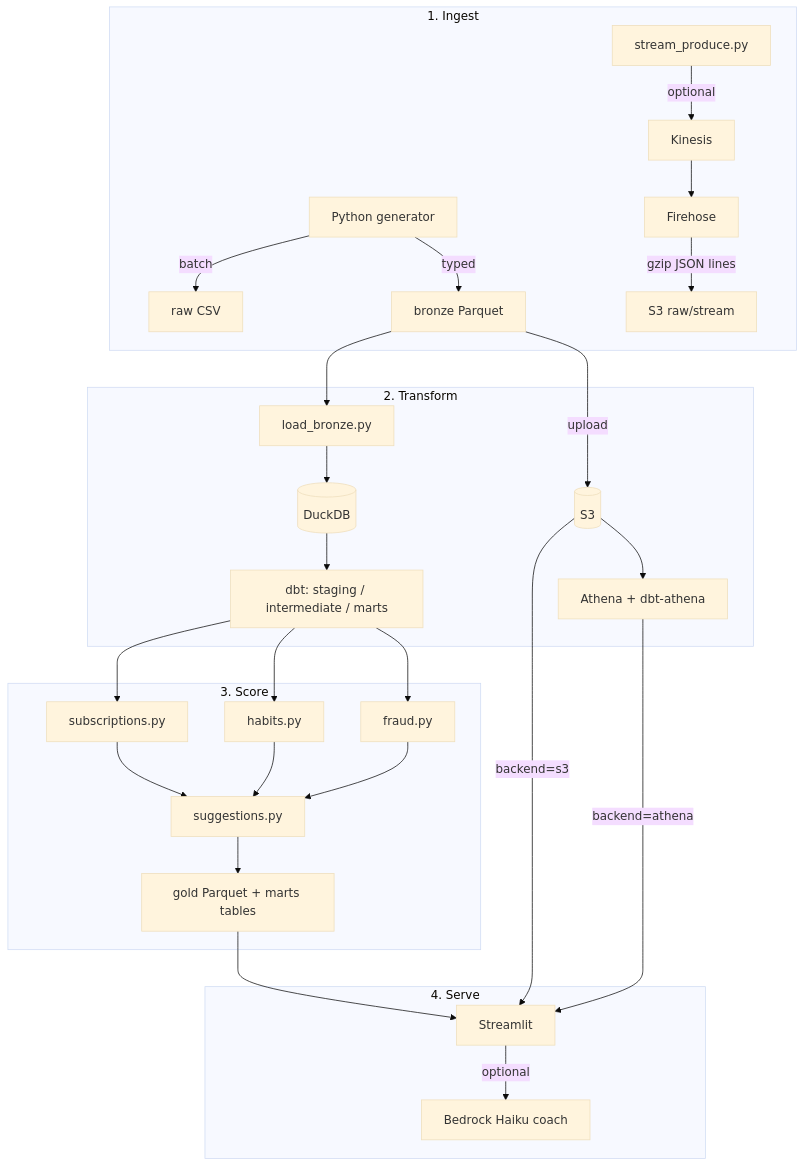
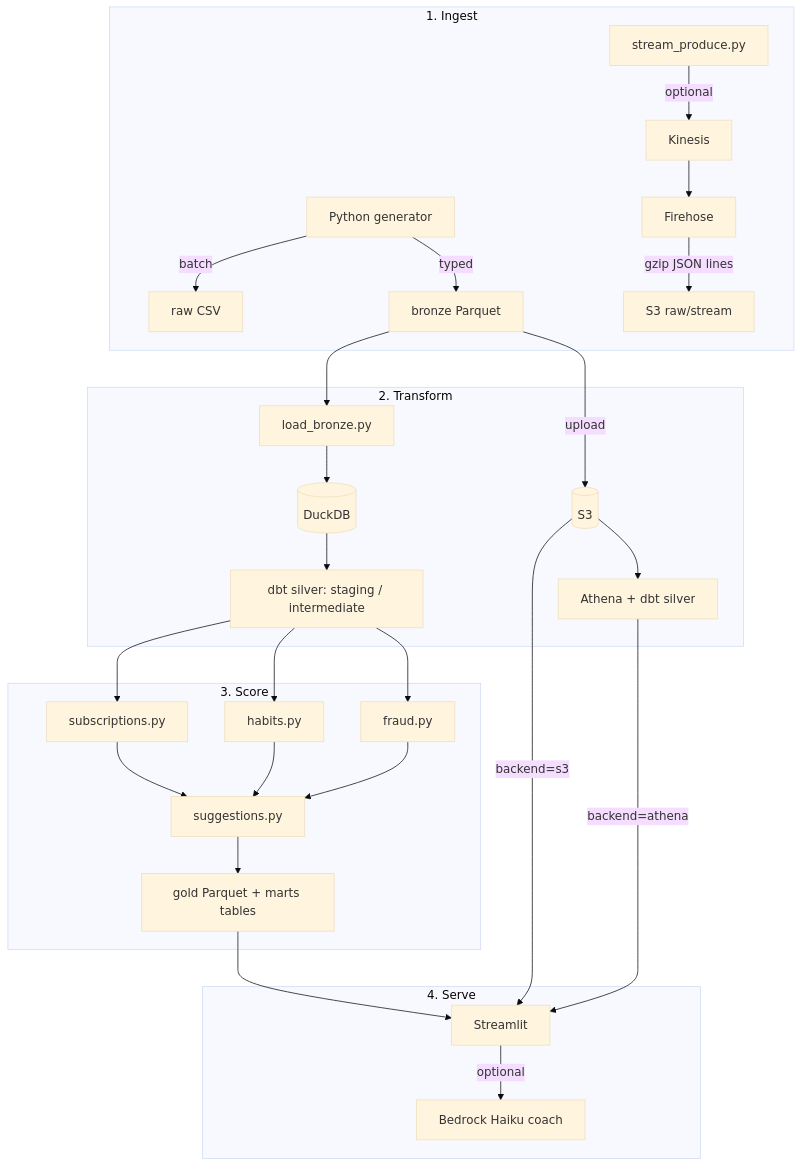
Before and after one commit to Sneha-nag/financebuddy: the diagram in docs/architecture.md, drawn with Mermaid (base theme). The commit also changed 2 other files, not shown here.

Commit message:
Label dbt staging and intermediate as silver in the architecture docs.
Drop the in-app architecture expander so that story stays in the docs.

````diff
--- a/docs/architecture.md
+++ b/docs/architecture.md
@@ -7,36 +7,36 @@
 ```mermaid
 flowchart TB
   subgraph ingest ["1. Ingest"]
     GEN[Python generator]
     GEN -->|batch| RAW[raw CSV]
     GEN -->|typed| BRZ[bronze Parquet]
     PROD[stream_produce.py] -->|optional| KIN[Kinesis]
     KIN --> FH[Firehose]
     FH -->|gzip JSON lines| S3RAW[S3 raw/stream]
   end
 
   subgraph transform ["2. Transform"]
     BRZ --> LOAD[load_bronze.py]
     LOAD --> DDB[(DuckDB)]
-    DDB --> DBT[dbt: staging / intermediate / marts]
+    DDB --> DBT[dbt silver: staging / intermediate]
     BRZ -->|upload| S3[(S3)]
-    S3 --> ATH[Athena + dbt-athena]
+    S3 --> ATH[Athena + dbt silver]
   end
 
   subgraph score ["3. Score"]
     DBT --> SUB[subscriptions.py]
     DBT --> HAB[habits.py]
     DBT --> FR[fraud.py]
     SUB --> SUG[suggestions.py]
     HAB --> SUG
     FR --> SUG
     SUG --> GOLD[gold Parquet + marts tables]
   end
 
   subgraph serve ["4. Serve"]
     GOLD --> ST[Streamlit]
     S3 -->|backend=s3| ST
     ATH -->|backend=athena| ST
     ST -->|optional| BED[Bedrock Haiku coach]
   end
 ```
````
